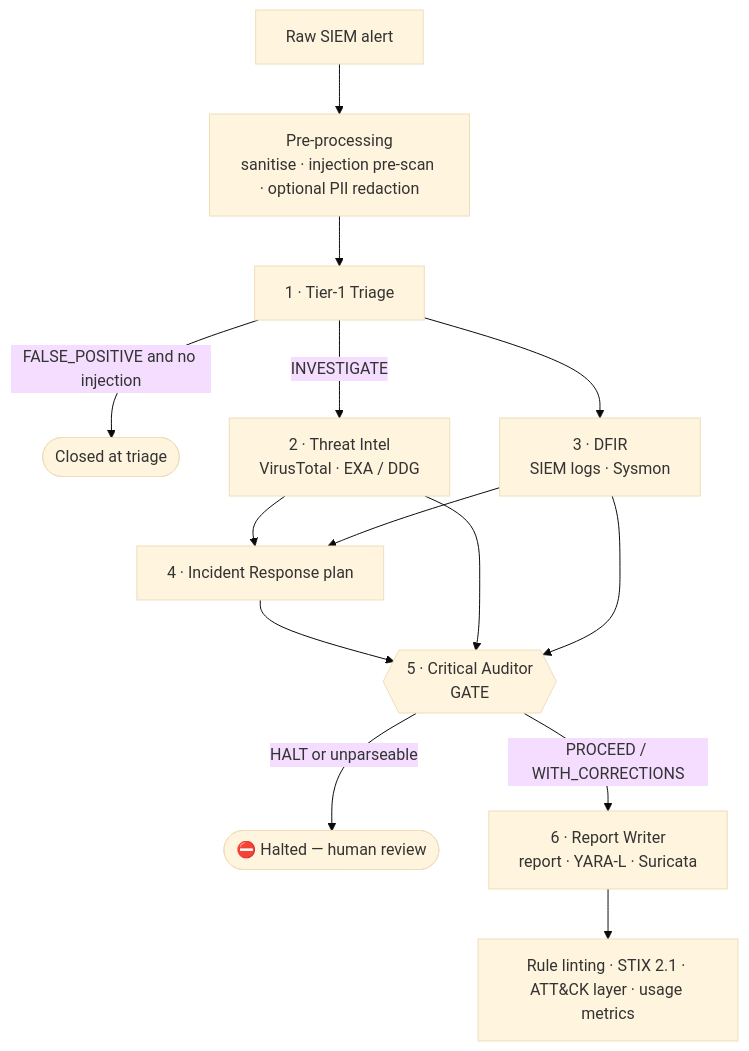
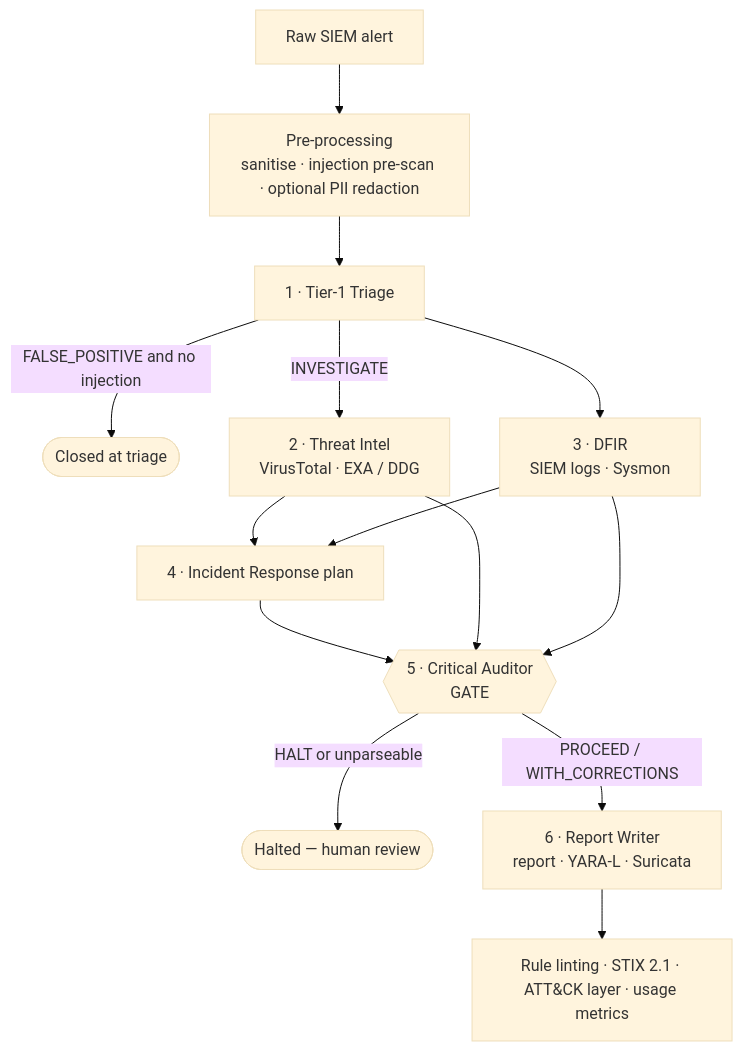
The diagram in soc-sentinel-crew/README.md (PatoEQ/Multi-agent-AI-SOC), drawn with Mermaid (base theme) before and after one commit. The commit also changed other lines of this file, not shown here.

````diff
--- a/soc-sentinel-crew/README.md
+++ b/soc-sentinel-crew/README.md
@@ -46,16 +46,16 @@
 ```mermaid
 flowchart TD
     A["Raw SIEM alert"] --> P["Pre-processing<br/>sanitise · injection pre-scan · optional PII redaction"]
     P --> T["1 · Tier-1 Triage"]
     T -->|"FALSE_POSITIVE and no injection"| FP(["Closed at triage"])
     T -->|"INVESTIGATE"| I["2 · Threat Intel<br/>VirusTotal · EXA / DDG"]
     T --> D["3 · DFIR<br/>SIEM logs · Sysmon"]
     I --> R["4 · Incident Response plan"]
     D --> R
     R --> AU{{"5 · Critical Auditor<br/>GATE"}}
     I --> AU
     D --> AU
-    AU -->|"HALT or unparseable"| H(["⛔ Halted — human review"])
+    AU -->|"HALT or unparseable"| H([" Halted — human review"])
     AU -->|"PROCEED / WITH_CORRECTIONS"| W["6 · Report Writer<br/>report · YARA-L · Suricata"]
     W --> O["Rule linting · STIX 2.1 · ATT&CK layer · usage metrics"]
 ```
````
